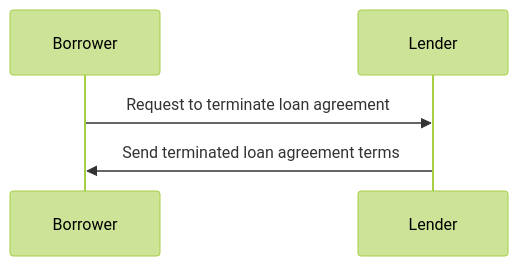
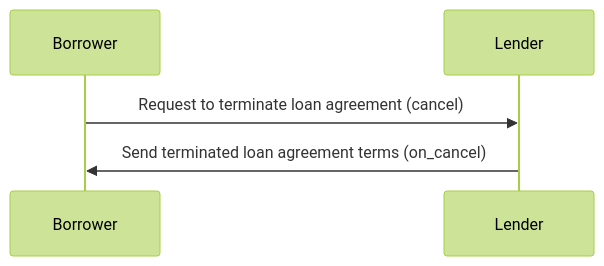
The sixth of 11 diagrams in docs/Generic-Credit-Application-Workflow.md (beckn/financial-services), drawn with Mermaid (forest theme) before and after one commit. The commit also changed other lines of this file, not shown here.

````diff
--- a/docs/Generic-Credit-Application-Workflow.md
+++ b/docs/Generic-Credit-Application-Workflow.md
@@ -141,5 +185,5 @@
 ```mermaid
     sequenceDiagram
-    Borrower->>Lender: Request to terminate loan agreement
-    Lender->>Borrower: Send terminated loan agreement terms
+    Borrower->>Lender: Request to terminate loan agreement (cancel)
+    Lender->>Borrower: Send terminated loan agreement terms (on_cancel)
 ```
````
